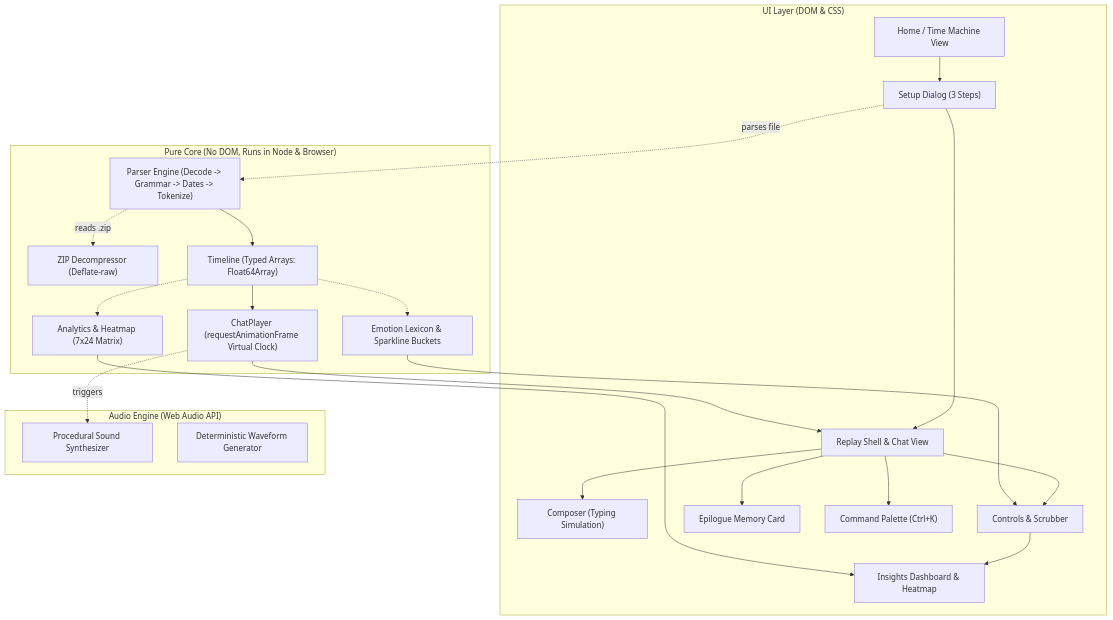
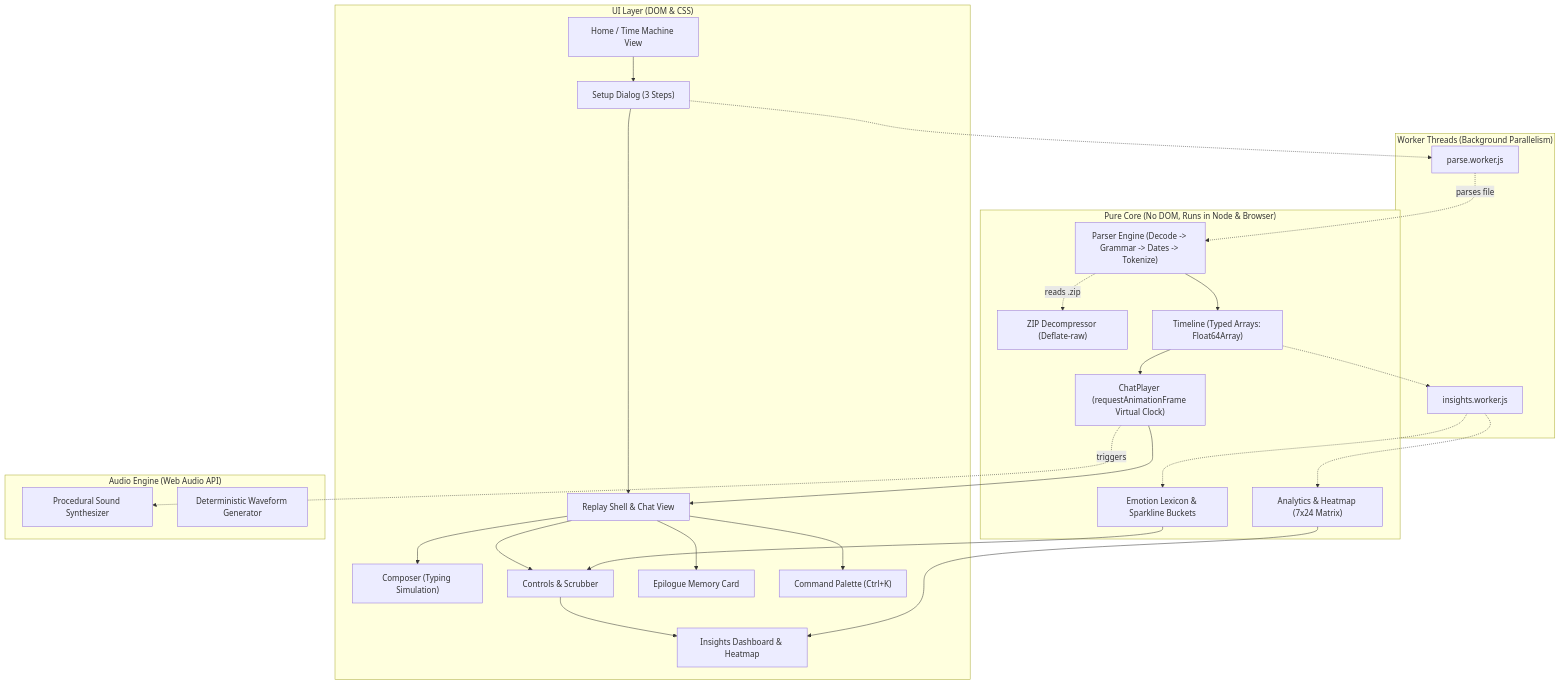
The diagram in docs/ARCHITECTURE.md (qalvian/rewhatsapp), drawn with Mermaid before and after one commit. The commit also changed other lines of this file and 180 other files, not shown here.

````diff
--- a/docs/ARCHITECTURE.md
+++ b/docs/ARCHITECTURE.md
@@ -9,46 +9,53 @@
 ```mermaid
 graph TD
     subgraph UI ["UI Layer (DOM & CSS)"]
         HomeView["Home / Time Machine View"]
         SetupModal["Setup Dialog (3 Steps)"]
         ReplayShell["Replay Shell & Chat View"]
         Composer["Composer (Typing Simulation)"]
         ControlsPill["Controls & Scrubber"]
         InsightsDash["Insights Dashboard & Heatmap"]
         EpilogueCard["Epilogue Memory Card"]
         CmdPalette["Command Palette (Ctrl+K)"]
     end
 
     subgraph Core ["Pure Core (No DOM, Runs in Node & Browser)"]
         Parser["Parser Engine (Decode -> Grammar -> Dates -> Tokenize)"]
         Zip["ZIP Decompressor (Deflate-raw)"]
         Timeline["Timeline (Typed Arrays: Float64Array)"]
         Player["ChatPlayer (requestAnimationFrame Virtual Clock)"]
         Analytics["Analytics & Heatmap (7x24 Matrix)"]
         Sentiment["Emotion Lexicon & Sparkline Buckets"]
     end
 
     subgraph Audio ["Audio Engine (Web Audio API)"]
         Synth["Procedural Sound Synthesizer"]
         Waveform["Deterministic Waveform Generator"]
     end
 
+    subgraph Workers ["Worker Threads (Background Parallelism)"]
+        ParseWorker["parse.worker.js"]
+        InsightsWorker["insights.worker.js"]
+    end
+
     HomeView --> SetupModal
     SetupModal --> ReplayShell
     ReplayShell --> Composer
     ReplayShell --> ControlsPill
     ControlsPill --> InsightsDash
     ReplayShell --> EpilogueCard
     ReplayShell --> CmdPalette
 
-    SetupModal -.->|parses file| Parser
+    SetupModal -.-> ParseWorker
+    ParseWorker -.->|parses file| Parser
     Parser -.->|reads .zip| Zip
     Parser --> Timeline
     Timeline --> Player
     Player --> ReplayShell
     Player -.->|triggers| Synth
-    Timeline -.-> Analytics
-    Timeline -.-> Sentiment
+    Timeline -.-> InsightsWorker
+    InsightsWorker -.-> Analytics
+    InsightsWorker -.-> Sentiment
     Analytics --> InsightsDash
     Sentiment --> ControlsPill
 ```
````
